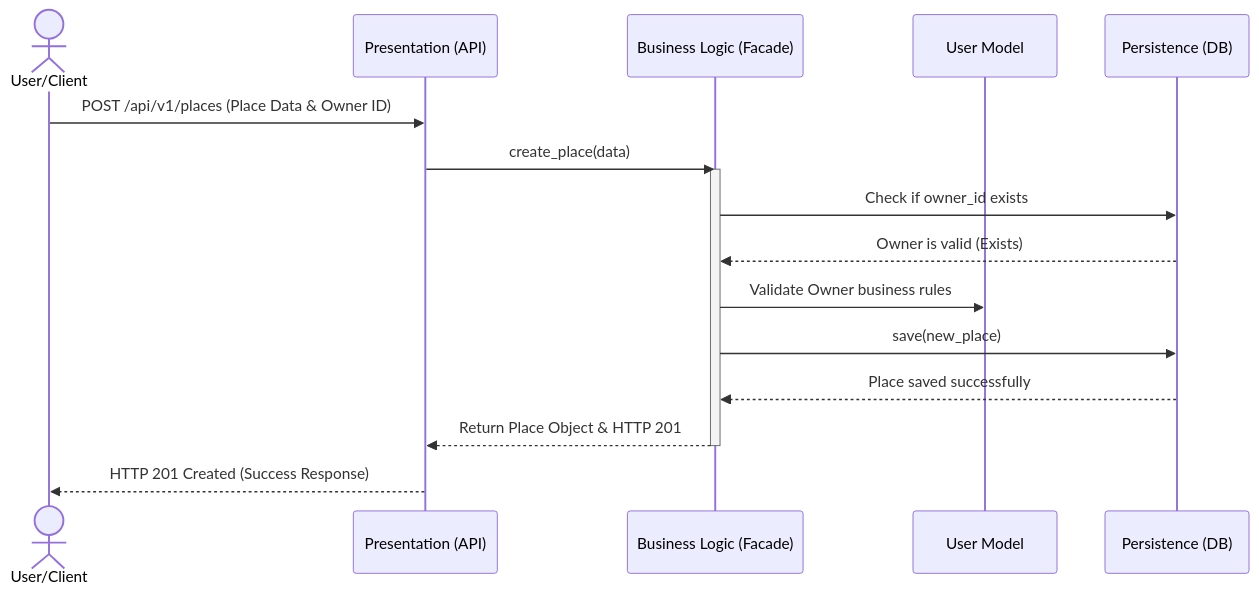
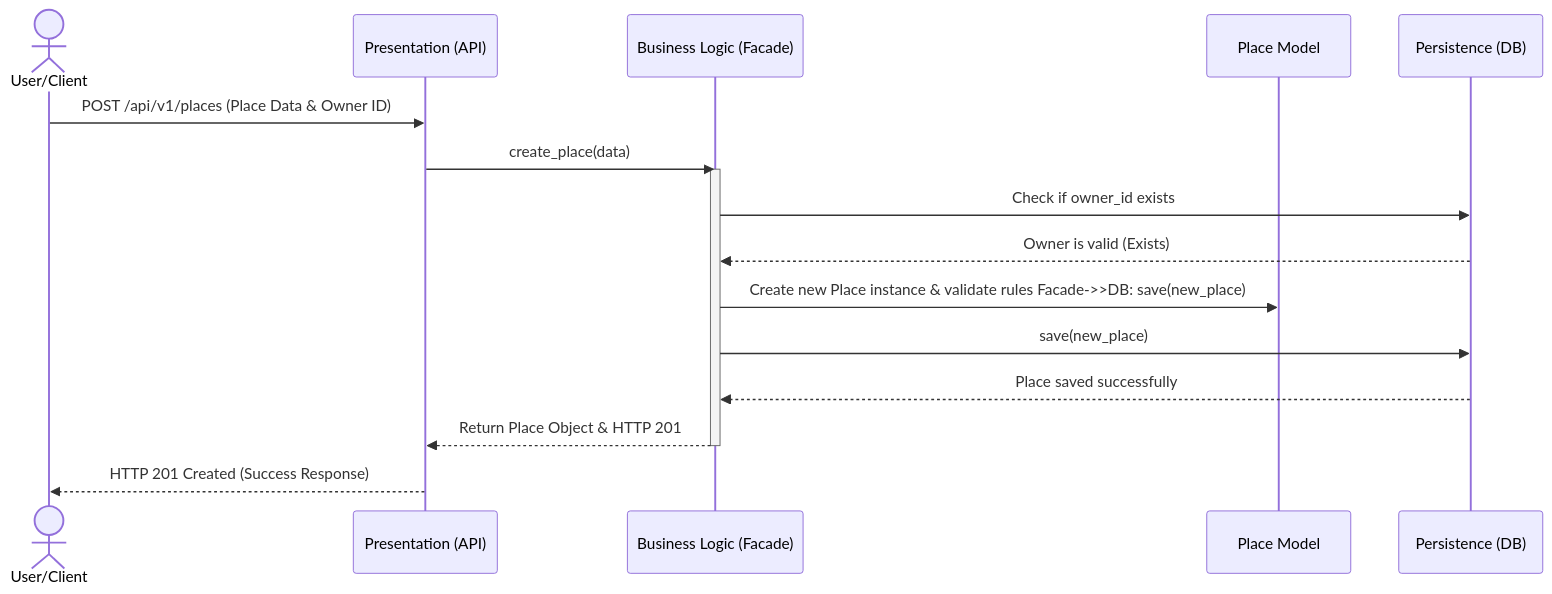
Before and after one commit to areej-alghamdi/holbertonschool-hbnb: the second of 4 diagrams in part1/sequence_diagrams.md, drawn with Mermaid.

````diff
--- a/part1/sequence_diagrams.md
+++ b/part1/sequence_diagrams.md
@@ -31,20 +31,20 @@
 ```mermaid
 sequenceDiagram
     actor Client as User/Client
     participant API as Presentation (API)
     participant Facade as Business Logic (Facade)
-    participant UserModel as User Model
+    participant PlaceModel as Place Model
     participant DB as Persistence (DB)
 
     Client->>API: POST /api/v1/places (Place Data & Owner ID)
     API->>Facade: create_place(data)
     activate Facade
     Facade->>DB: Check if owner_id exists
     DB-->>Facade: Owner is valid (Exists)
-    Facade->>UserModel: Validate Owner business rules
+    Facade->>PlaceModel: Create new Place instance & validate rules    Facade->>DB:     save(new_place)
     Facade->>DB: save(new_place)
     DB-->>Facade: Place saved successfully
     Facade-->>API: Return Place Object & HTTP 201
     deactivate Facade
     API-->>Client: HTTP 201 Created (Success Response)
 ```
````
